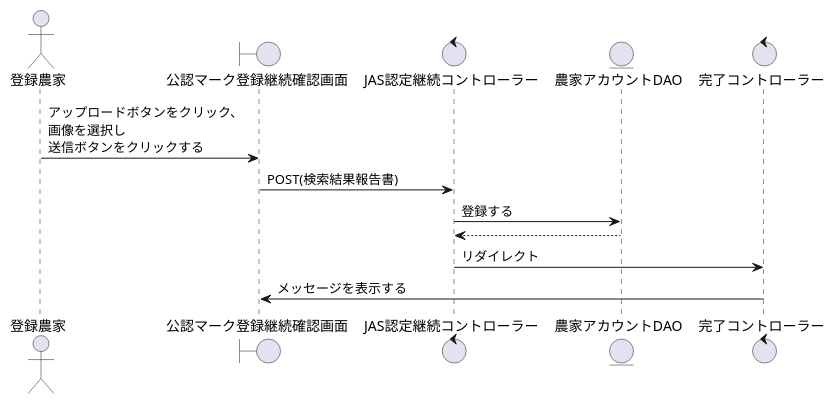
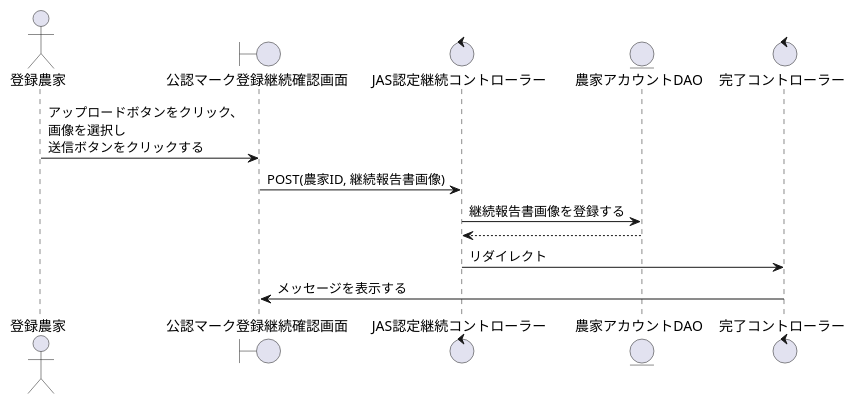
Before and after one commit to SK-B-S/PJ: the diagram in PJ_シーケンス/農家/公認マーク継続.wsd, drawn with PlantUML. The commit also changed 6 other files, not shown here.

```diff
--- a/PJ_シーケンス/農家/公認マーク継続.wsd
+++ b/PJ_シーケンス/農家/公認マーク継続.wsd
@@ -1,18 +1,18 @@
 @startuml JAS認定審査表示
 
 actor    "登録農家" as act
 boundary "公認マーク登録継続確認画面" as JAS_s
 control  "JAS認定継続コントローラー" as b_c
 entity   "農家アカウントDAO" as Farmer_DAO
 control  "完了コントローラー" as completion_c
 
 '-------------------------------------------------------------------------------------------
 
 act -> JAS_s : アップロードボタンをクリック、\n画像を選択し\n送信ボタンをクリックする
-JAS_s -> b_c : POST(検索結果報告書)
-b_c -> Farmer_DAO : 登録する
+JAS_s -> b_c : POST(農家ID, 継続報告書画像)
+b_c -> Farmer_DAO : 継続報告書画像を登録する
 b_c <-- Farmer_DAO :
 b_c -> completion_c : リダイレクト
 completion_c -> JAS_s : メッセージを表示する
 
 @enduml
```
